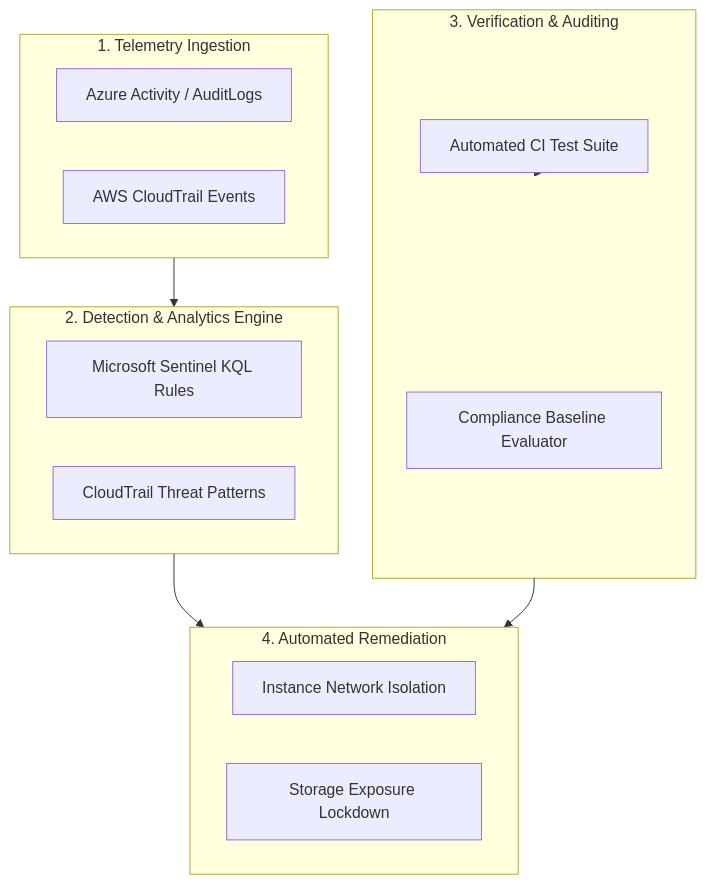
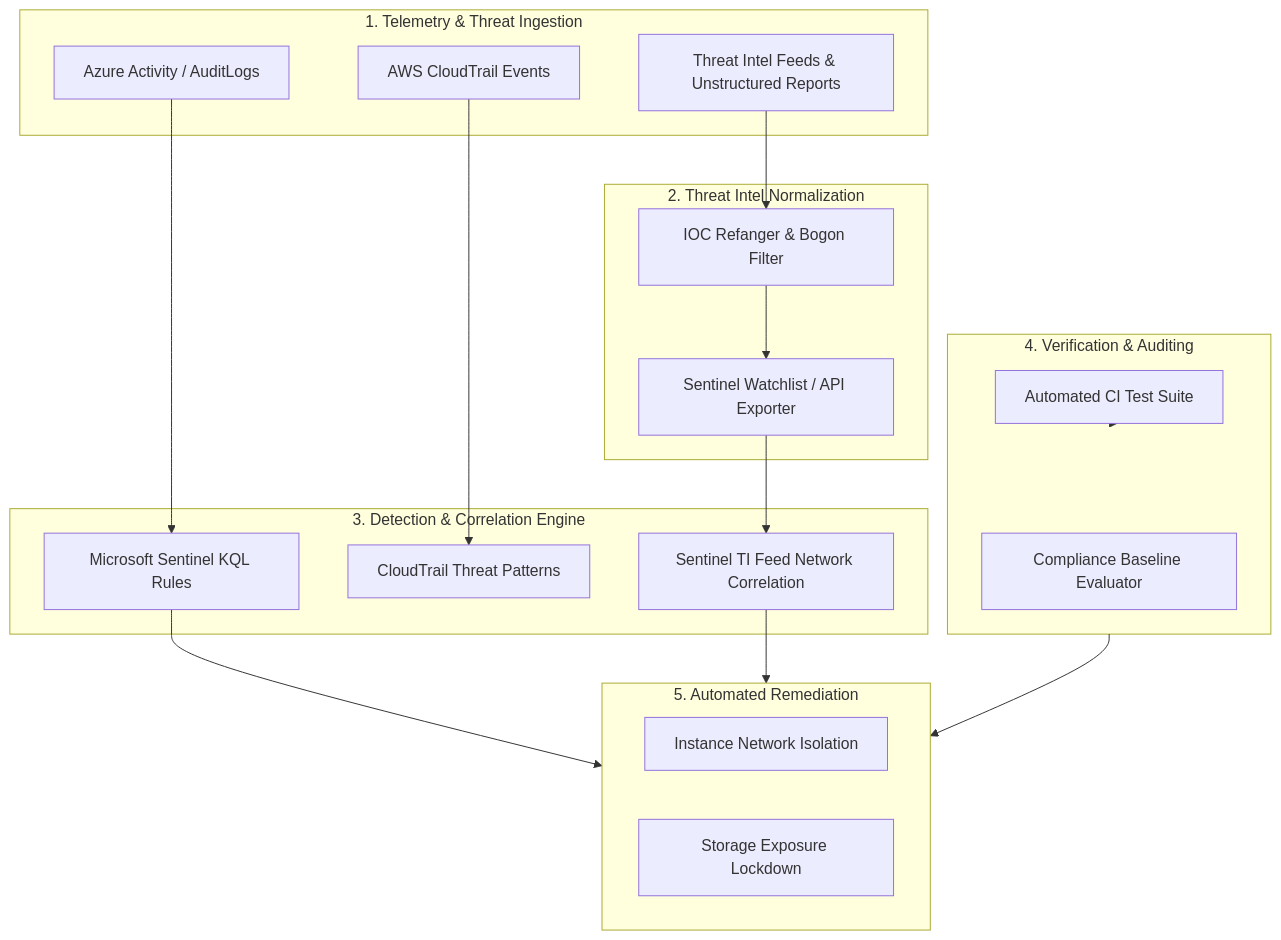
Before and after one commit to pulkitrais/cloud-security-sentinel-suite: the diagram in README.md, drawn with Mermaid. The commit also changed other lines of this file and 4 other files, not shown here.

First line of the commit message:
feat(threat-intel): add IOC enrichment parser, Sentinel network beacon KQL, and unit tests

````diff
--- a/README.md
+++ b/README.md
@@ -9,27 +9,37 @@
 ```mermaid
 flowchart TD
-    subgraph Ingestion ["1. Telemetry Ingestion"]
+    subgraph Ingestion ["1. Telemetry & Threat Ingestion"]
         AZ_LOGS["Azure Activity / AuditLogs"]
         AWS_LOGS["AWS CloudTrail Events"]
+        TI_FEEDS["Threat Intel Feeds & Unstructured Reports"]
     end
 
-    subgraph Detection ["2. Detection & Analytics Engine"]
+    subgraph Parsing ["2. Threat Intel Normalization"]
+        PARSER["IOC Refanger & Bogon Filter"]
+        WATCHLIST["Sentinel Watchlist / API Exporter"]
+    end
+
+    subgraph Detection ["3. Detection & Correlation Engine"]
         KQL["Microsoft Sentinel KQL Rules"]
         CT_RULES["CloudTrail Threat Patterns"]
+        TI_CORR["Sentinel TI Feed Network Correlation"]
     end
 
-    subgraph Evaluation ["3. Verification & Auditing"]
+    subgraph Evaluation ["4. Verification & Auditing"]
         CIS["Compliance Baseline Evaluator"]
         TESTS["Automated CI Test Suite"]
     end
 
-    subgraph Response ["4. Automated Remediation"]
+    subgraph Response ["5. Automated Remediation"]
         QUARANTINE["Instance Network Isolation"]
         STORAGE_FIX["Storage Exposure Lockdown"]
     end
 
-    Ingestion --> Detection
-    Detection --> Response
+    TI_FEEDS --> PARSER --> WATCHLIST --> TI_CORR
+    AZ_LOGS --> KQL
+    AWS_LOGS --> CT_RULES
+    KQL --> Response
+    TI_CORR --> Response
     Evaluation --> Response
     TESTS --> Evaluation
 ```
````
